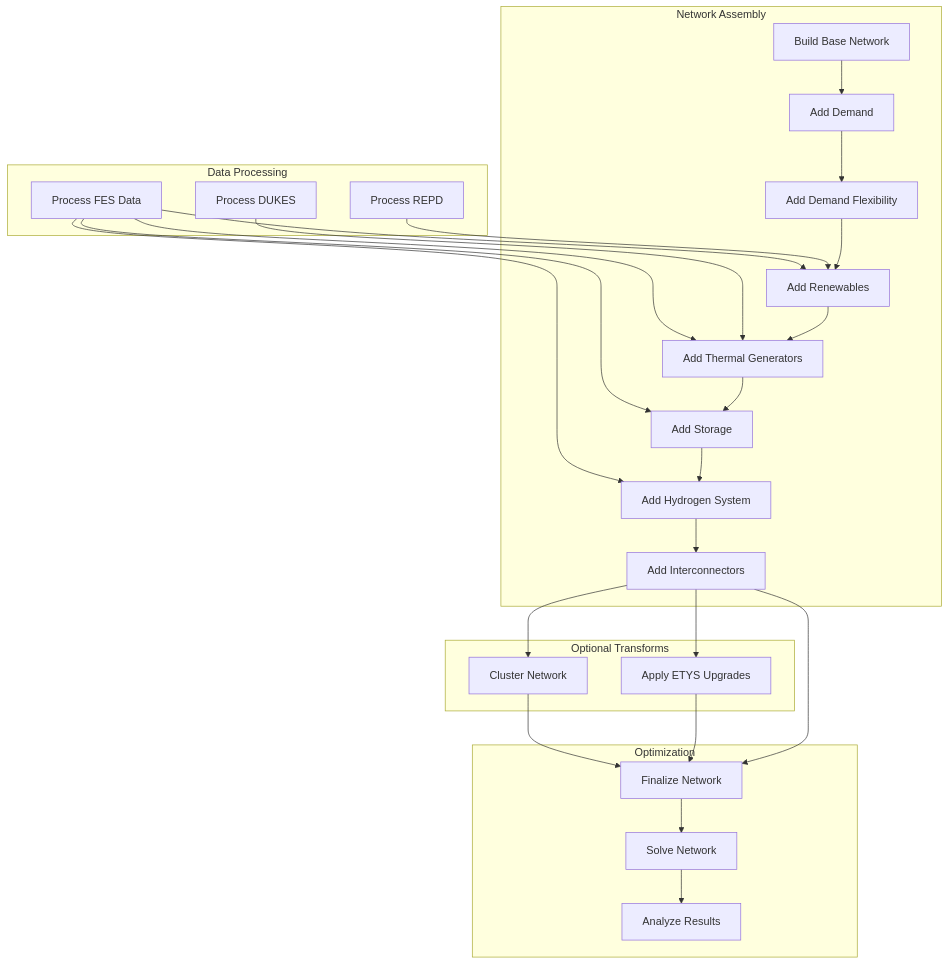
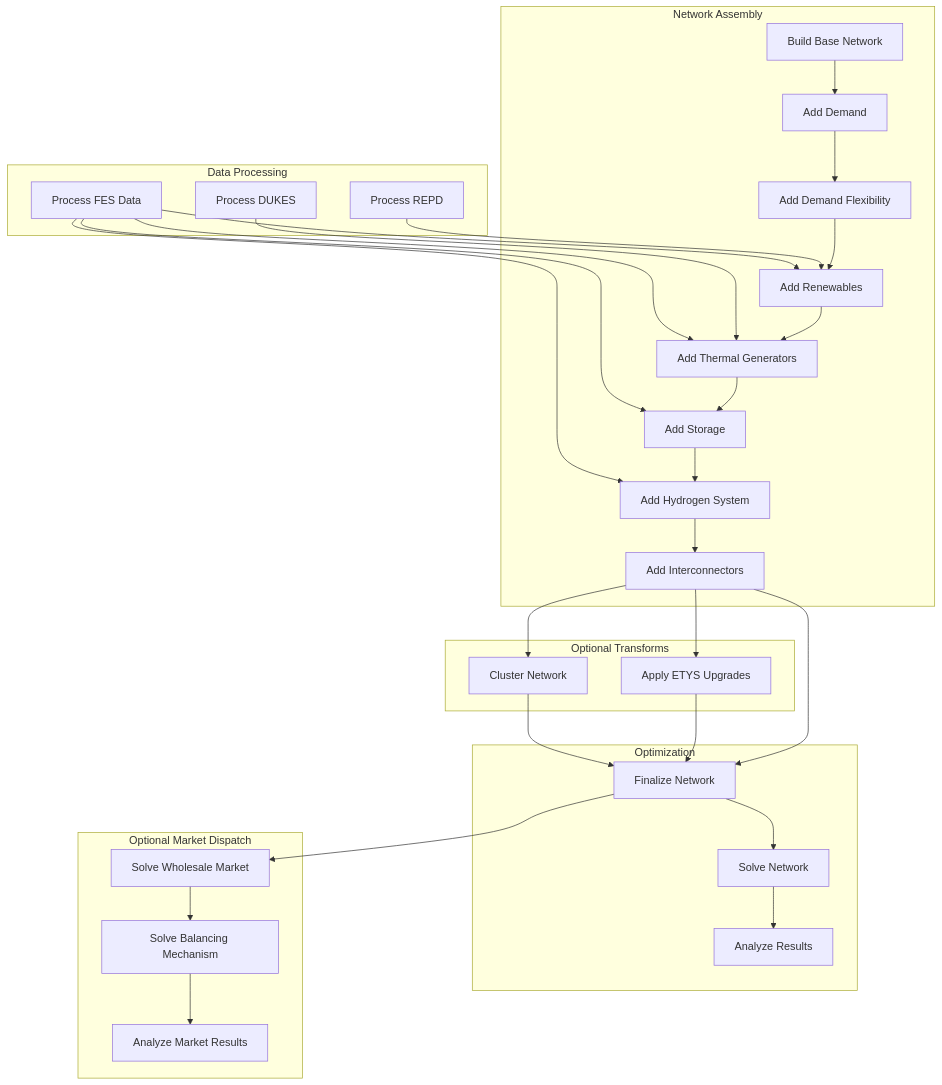
The first of 2 diagrams in docs/source/user_guide/workflow.md (marta-uoe/PyPSA-GB-datacentres), drawn with Mermaid before and after one commit. The commit also changed other lines of this file and 23 other files, not shown here.

````diff
--- a/docs/source/user_guide/workflow.md
+++ b/docs/source/user_guide/workflow.md
@@ -9,52 +9,61 @@
 ```{mermaid}
 flowchart TB
     subgraph Data["Data Processing"]
         FES["Process FES Data"]
         DUKES["Process DUKES"]
         REPD["Process REPD"]
     end
     
     subgraph Network["Network Assembly"]
         BASE["Build Base Network"]
         DEMAND["Add Demand"]
         FLEX["Add Demand Flexibility"]
         RENEW["Add Renewables"]
         THERMAL["Add Thermal Generators"]
         STORAGE["Add Storage"]
         HYDRO["Add Hydrogen System"]
         INTER["Add Interconnectors"]
     end
     
     subgraph Cluster["Optional Transforms"]
         CLUST["Cluster Network"]
         UPGRADES["Apply ETYS Upgrades"]
     end
     
     subgraph Solve["Optimization"]
         FINALIZE["Finalize Network"]
         SOLVE["Solve Network"]
         ANALYZE["Analyze Results"]
     end
+
+    subgraph Market["Optional Market Dispatch"]
+        WHOLESALE["Solve Wholesale Market"]
+        BM["Solve Balancing Mechanism"]
+        MARKET_ANALYZE["Analyze Market Results"]
+    end
     
     FES --> RENEW
     FES --> THERMAL
     FES --> STORAGE
     FES --> HYDRO
     DUKES --> THERMAL
     REPD --> RENEW
     
     BASE --> DEMAND
     DEMAND --> FLEX
     FLEX --> RENEW
     RENEW --> THERMAL
     THERMAL --> STORAGE
     STORAGE --> HYDRO
     HYDRO --> INTER
     INTER --> CLUST
     INTER --> UPGRADES
     CLUST --> FINALIZE
     UPGRADES --> FINALIZE
     INTER --> FINALIZE
     FINALIZE --> SOLVE
     SOLVE --> ANALYZE
+    FINALIZE --> WHOLESALE
+    WHOLESALE --> BM
+    BM --> MARKET_ANALYZE
 ```
````
